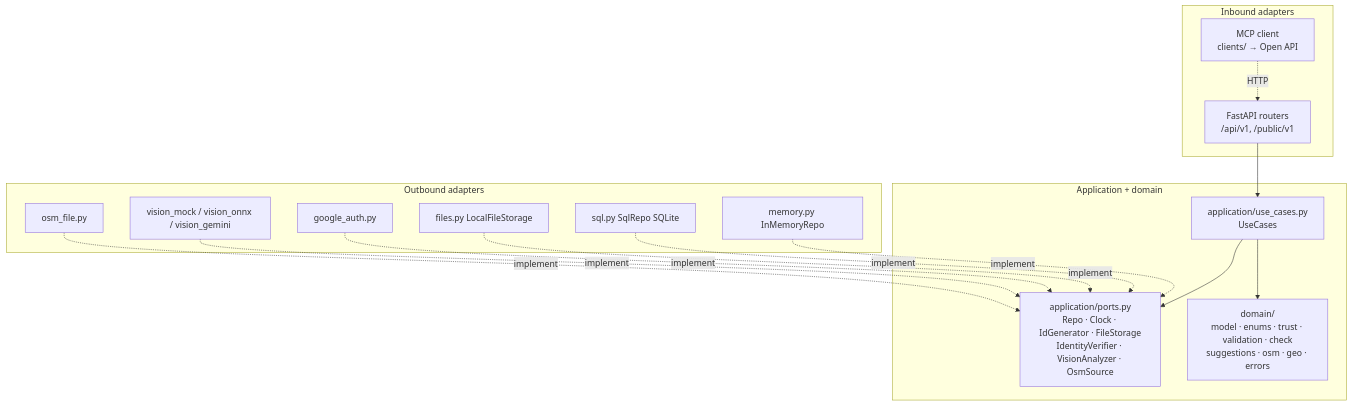
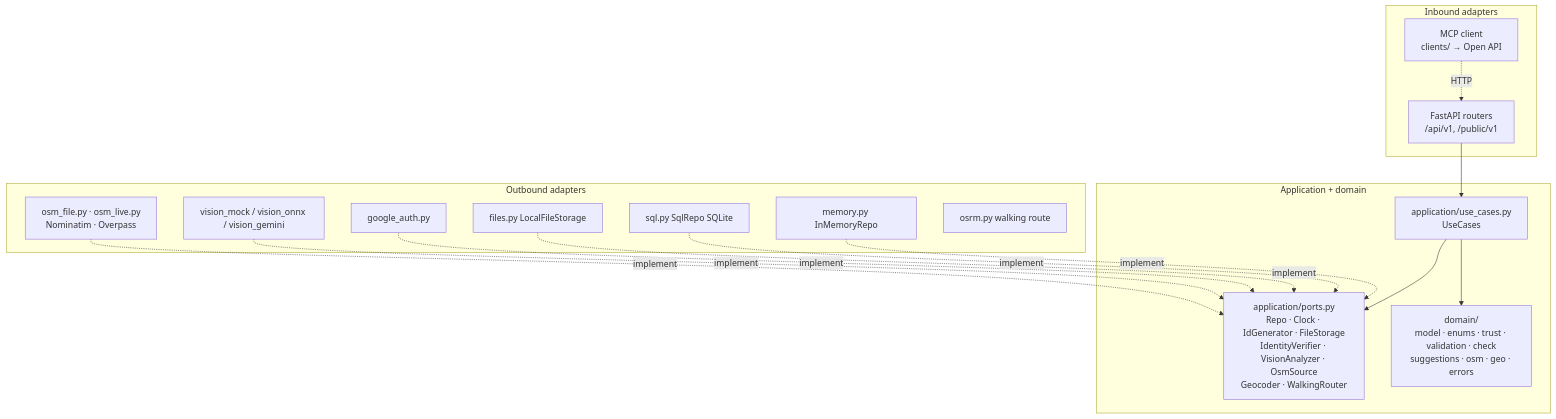
Before and after one commit to HakerSII/rampa-backend: the second of 3 diagrams in docs/architecture.md, drawn with Mermaid. The commit also changed other lines of this file and 3 other files, not shown here.

````diff
--- a/docs/architecture.md
+++ b/docs/architecture.md
@@ -20,25 +20,26 @@
 ```mermaid
 flowchart TB
     subgraph IN[Inbound adapters]
         HTTP[FastAPI routers<br/>/api/v1, /public/v1]
         MCPC[MCP client<br/>clients/ → Open API]
     end
     subgraph CORE[Application + domain]
         UC[application/use_cases.py<br/>UseCases]
-        PORTS[application/ports.py<br/>Repo · Clock · IdGenerator · FileStorage<br/>IdentityVerifier · VisionAnalyzer · OsmSource]
+        PORTS[application/ports.py<br/>Repo · Clock · IdGenerator · FileStorage<br/>IdentityVerifier · VisionAnalyzer · OsmSource<br/>Geocoder · WalkingRouter]
         DOM[domain/<br/>model · enums · trust · validation · check<br/>suggestions · osm · geo · errors]
     end
     subgraph OUT[Outbound adapters]
         MEM[memory.py InMemoryRepo]
         SQL[sql.py SqlRepo SQLite]
         FILES[files.py LocalFileStorage]
         GOO[google_auth.py]
         VIS[vision_mock / vision_onnx / vision_gemini]
-        OSMF[osm_file.py]
+        OSMF[osm_file.py · osm_live.py<br/>Nominatim · Overpass]
+        OSRM[osrm.py walking route]
     end
     HTTP --> UC
     MCPC -.HTTP.-> HTTP
     UC --> DOM
     UC --> PORTS
     MEM & SQL & FILES & GOO & VIS & OSMF -.implement.-> PORTS
 ```
````
